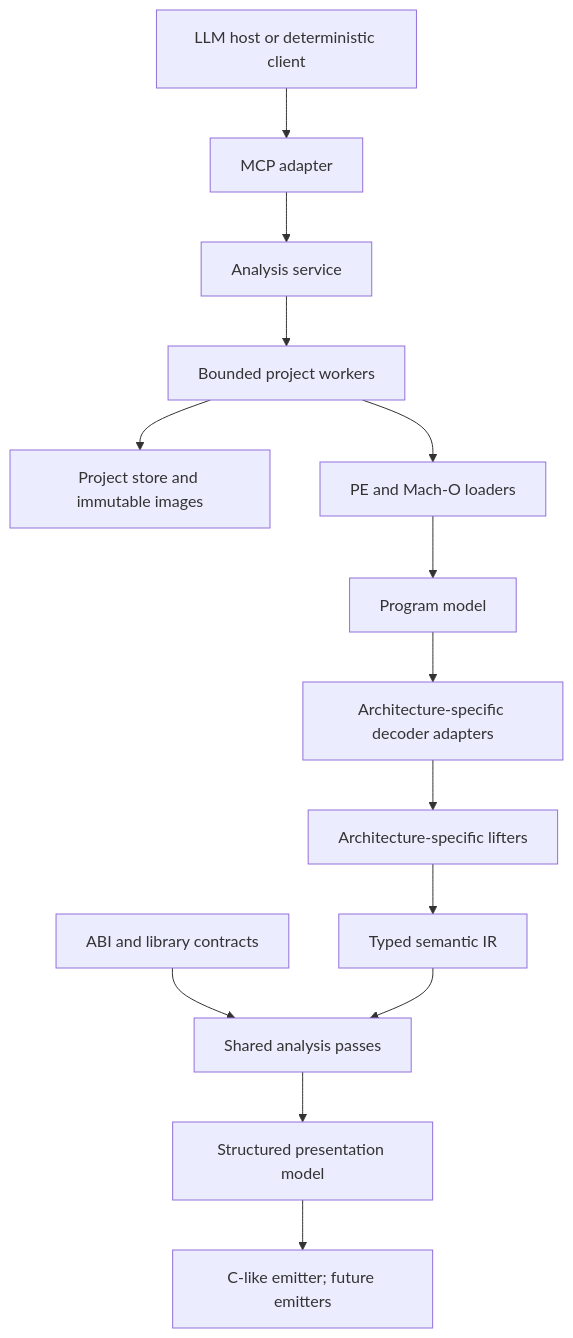
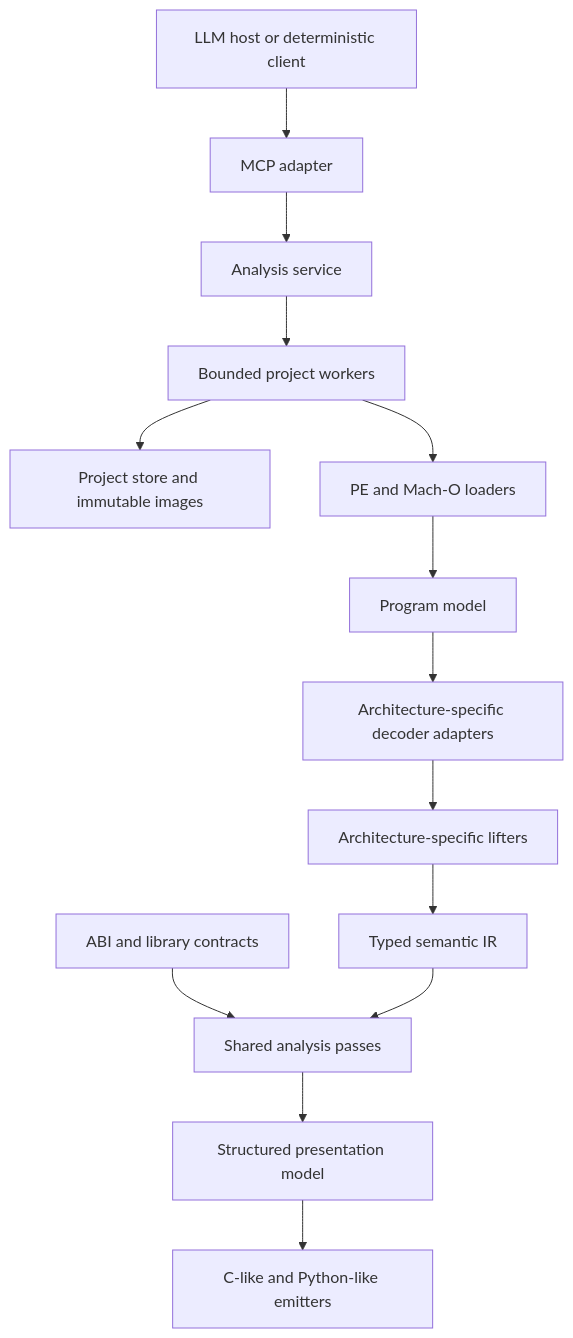
Before and after one commit to DimitriFourny/open-decomp: the diagram in PLAN.md, drawn with Mermaid. The commit also changed other lines of this file and 41 other files, not shown here.

Commit message:
Add verified Python-like emission and authenticated MCP HTTP

````diff
--- a/PLAN.md
+++ b/PLAN.md
@@ -78,16 +80,16 @@
 ```mermaid
 flowchart TD
     Host[LLM host or deterministic client] --> MCP[MCP adapter]
     MCP --> Service[Analysis service]
     Service --> Worker[Bounded project workers]
     Worker --> Store[Project store and immutable images]
     Worker --> Loaders[PE and Mach-O loaders]
     Loaders --> Model[Program model]
     Model --> Decode[Architecture-specific decoder adapters]
     Decode --> Lift[Architecture-specific lifters]
     Lift --> IR[Typed semantic IR]
     ABI[ABI and library contracts] --> Analysis[Shared analysis passes]
     IR --> Analysis
     Analysis --> Presentation[Structured presentation model]
-    Presentation --> Emit[C-like emitter; future emitters]
+    Presentation --> Emit[C-like and Python-like emitters]
 ```
````
